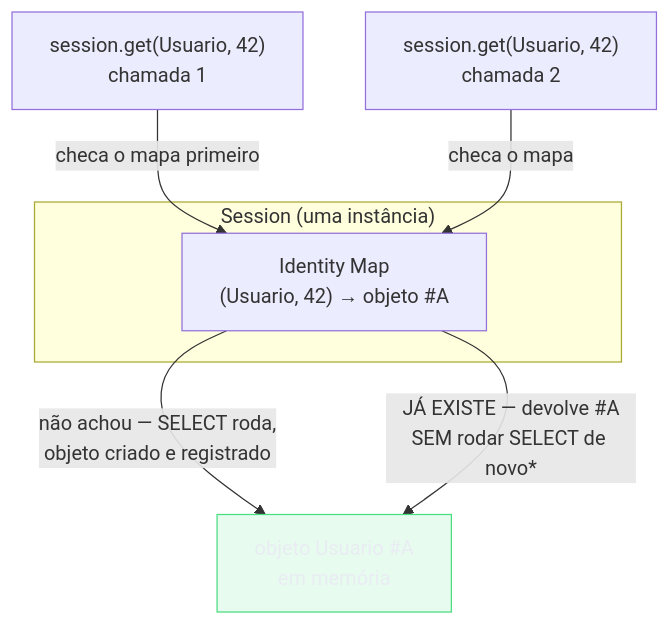
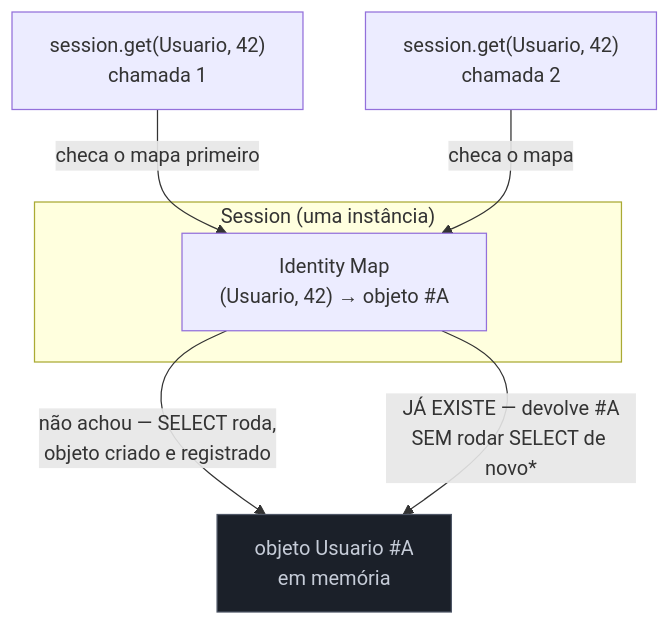
Before and after one commit to josenaldo/codex-technomanticus: the first of 3 diagrams in 03-Dominios/Tecnologia/Python/Persistência de dados/02 - SQLAlchemy ORM — Session, mapped classes e relationships.md, drawn with Mermaid. The commit also changed 601 other files, not shown here.

````diff
--- a/03-Dominios/Tecnologia/Python/Persistência de dados/02 - SQLAlchemy ORM — Session, mapped classes e relationships.md
+++ b/03-Dominios/Tecnologia/Python/Persistência de dados/02 - SQLAlchemy ORM — Session, mapped classes e relationships.md
@@ -148,15 +148,15 @@
 ```mermaid
 flowchart TB
-    classDef ok fill:#4ADE8021,stroke:#4ADE80,color:#E9ECF2
+    classDef neutro fill:#1B2029,stroke:#4E5666,color:#C6CCD8
     subgraph Session["Session (uma instância)"]
         IM["Identity Map<br/>(Usuario, 42) → objeto #A"]
     end
 
     Q1["session.get(Usuario, 42)<br/>chamada 1"] -->|"checa o mapa primeiro"| IM
     IM -->|"não achou — SELECT roda,<br/>objeto criado e registrado"| OBJ["objeto Usuario #A<br/>em memória"]
 
     Q2["session.get(Usuario, 42)<br/>chamada 2"] -->|"checa o mapa"| IM
     IM -->|"JÁ EXISTE — devolve #A<br/>SEM rodar SELECT de novo*"| OBJ
 
-    class OBJ ok
+    class OBJ neutro
 ```
````
